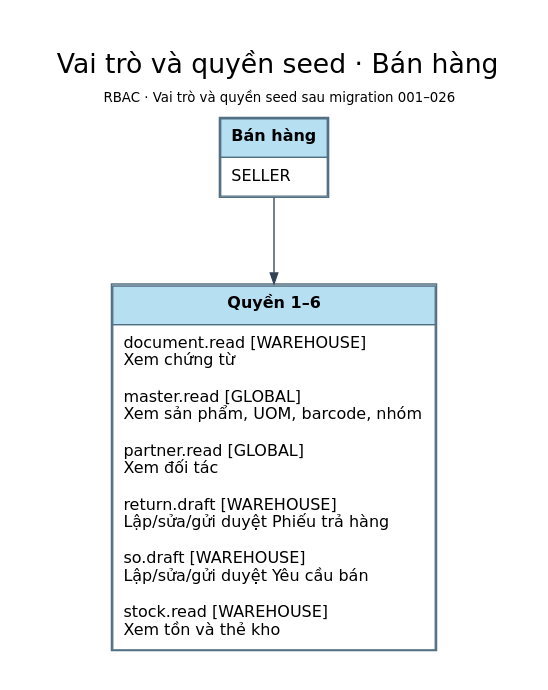
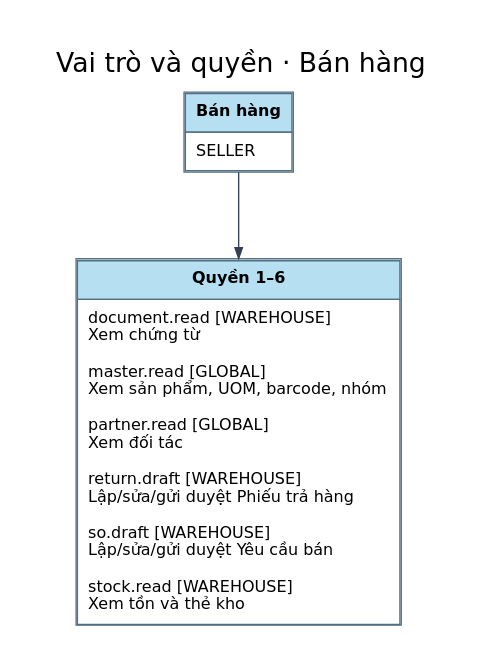
One commit to TEAM-DEV-FIVE/WMS_BA_2_0 changed the diagram in 03_So_do/Hien_hanh/dot/ROLE_SELLER.dot. Above: the diagram before and after it, drawn with Graphviz. The commit also changed 268 other files, not shown here.

Commit message:
docs: remove technical captions from current diagrams

```diff
--- a/03_So_do/Hien_hanh/dot/ROLE_SELLER.dot
+++ b/03_So_do/Hien_hanh/dot/ROLE_SELLER.dot
@@ -1,9 +1,9 @@
 digraph WMS {
 graph [rankdir=TB, bgcolor="white", nodesep=.5, ranksep=.9, pad=.3];
 node [shape=plain, fontname="DejaVu Sans", fontsize=12];
 edge [fontname="DejaVu Sans", fontsize=10, color="#334155", fontcolor="#334155", arrowsize=.8];
-label=<<TABLE BORDER="0" CELLBORDER="0" CELLPADDING="3"><TR><TD><FONT POINT-SIZE="20">Vai trò và quyền seed · Bán hàng</FONT></TD></TR><TR><TD><FONT POINT-SIZE="10">RBAC · Vai trò và quyền seed sau migration 001–026</FONT></TD></TR></TABLE>>; labelloc=t; fontname="DejaVu Sans"; fontsize=16;
+label=<<TABLE BORDER="0" CELLBORDER="0" CELLPADDING="3"><TR><TD><FONT POINT-SIZE="20">Vai trò và quyền · Bán hàng</FONT></TD></TR></TABLE>>; labelloc=t; fontname="DejaVu Sans"; fontsize=16;
 "role" [label=<<TABLE BORDER="1" CELLBORDER="1" CELLSPACING="0" CELLPADDING="7" COLOR="#526f83"><TR><TD BGCOLOR="#b7dff2"><B>Bán hàng</B></TD></TR><TR><TD ALIGN="LEFT" BALIGN="LEFT">SELLER</TD></TR></TABLE>>];
 "group0" [label=<<TABLE BORDER="1" CELLBORDER="1" CELLSPACING="0" CELLPADDING="7" COLOR="#526f83"><TR><TD BGCOLOR="#b7dff2"><B>Quyền 1–6</B></TD></TR><TR><TD ALIGN="LEFT" BALIGN="LEFT">document.read [WAREHOUSE]<BR ALIGN="LEFT"/>Xem chứng từ<BR ALIGN="LEFT"/><BR ALIGN="LEFT"/>master.read [GLOBAL]<BR ALIGN="LEFT"/>Xem sản phẩm, UOM, barcode, nhóm<BR ALIGN="LEFT"/><BR ALIGN="LEFT"/>partner.read [GLOBAL]<BR ALIGN="LEFT"/>Xem đối tác<BR ALIGN="LEFT"/><BR ALIGN="LEFT"/>return.draft [WAREHOUSE]<BR ALIGN="LEFT"/>Lập/sửa/gửi duyệt Phiếu trả hàng<BR ALIGN="LEFT"/><BR ALIGN="LEFT"/>so.draft [WAREHOUSE]<BR ALIGN="LEFT"/>Lập/sửa/gửi duyệt Yêu cầu bán<BR ALIGN="LEFT"/><BR ALIGN="LEFT"/>stock.read [WAREHOUSE]<BR ALIGN="LEFT"/>Xem tồn và thẻ kho<BR ALIGN="LEFT"/></TD></TR></TABLE>>];
 "role" -> "group0" [label=""];
 }
```
